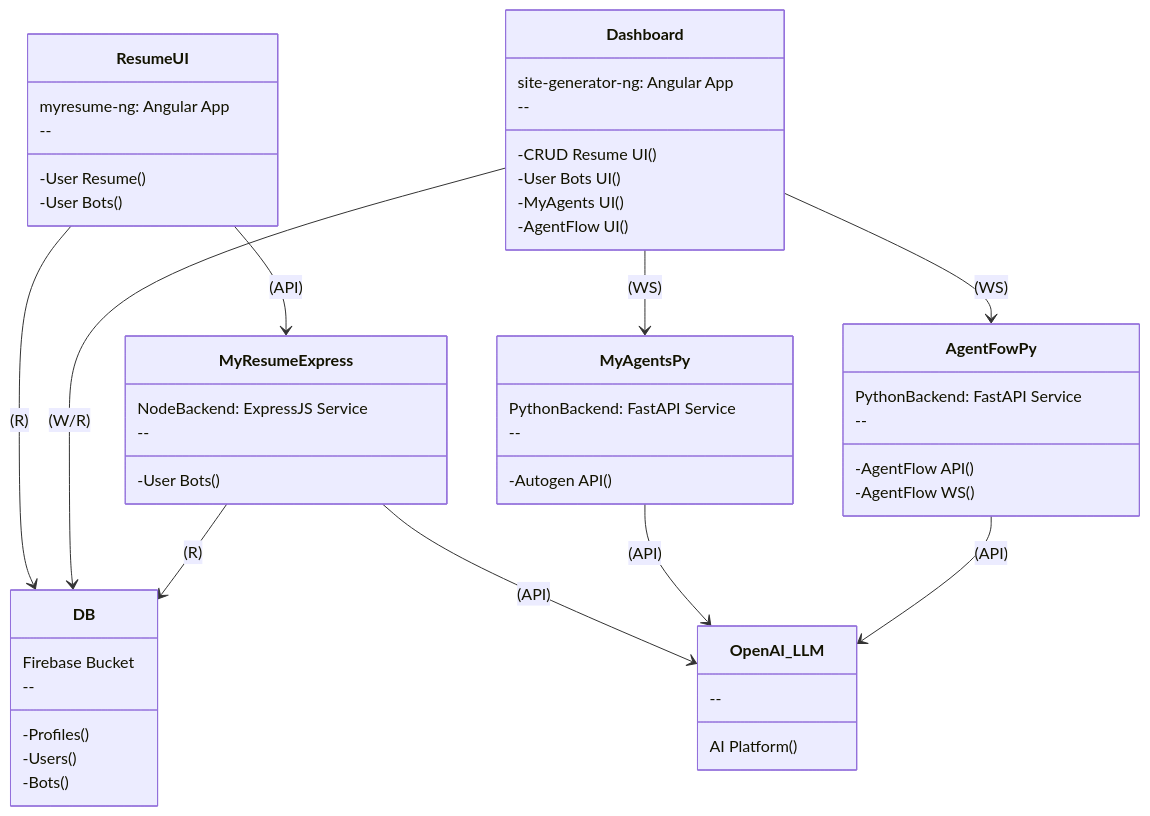
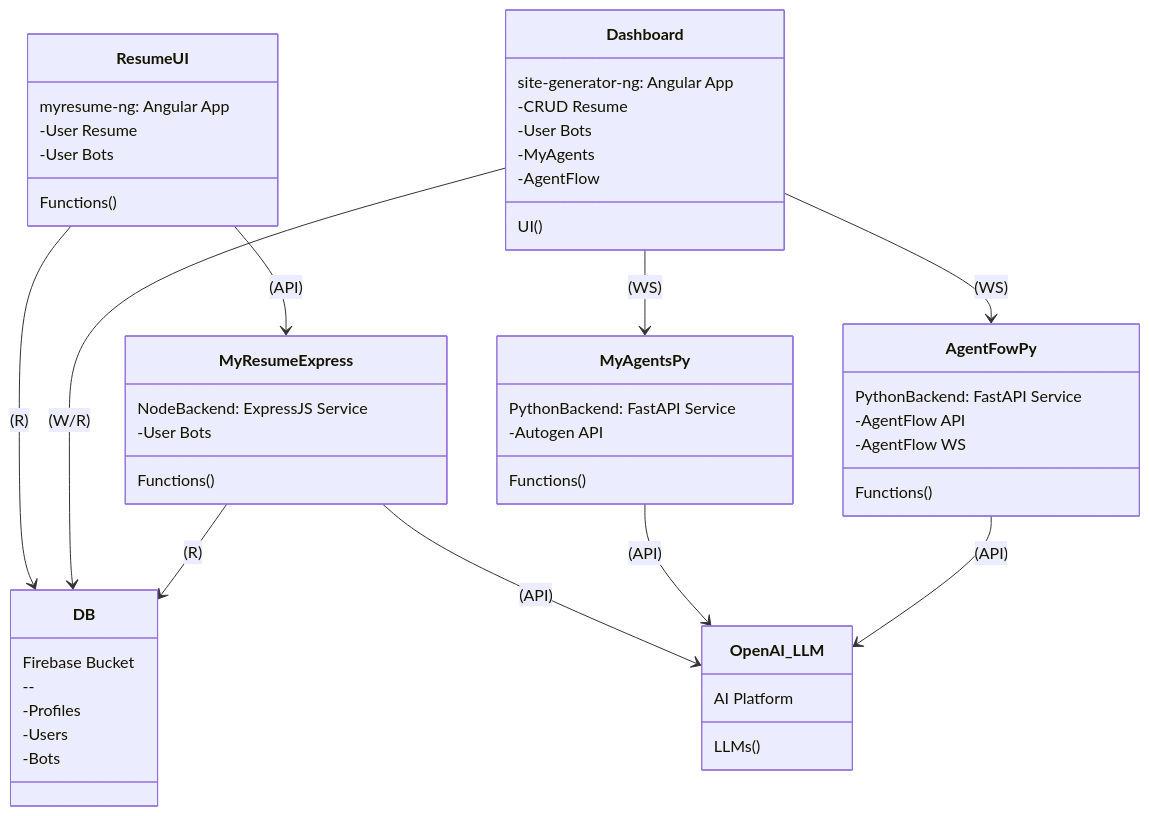
The diagram in README.md (thaer899/connectorzzz), drawn with Mermaid before and after one commit.

````diff
--- a/README.md
+++ b/README.md
@@ -24,58 +24,58 @@
 ```mermaid
 %%{init: {'theme': 'default'}}%%
 classDiagram
     class DB {
         Firebase Bucket
         --
-        -Profiles()
-        -Users()
-        -Bots()
+        -Profiles
+        -Users
+        -Bots
     }
     class ResumeUI {
         myresume-ng: Angular App
-        --
-        -User Resume()
-        -User Bots()
+        Functions()
+        -User Resume
+        -User Bots
     }
     class Dashboard {
         site-generator-ng: Angular App
-        --
-        -CRUD Resume UI()
-        -User Bots UI()
-        -MyAgents UI()
-        -AgentFlow UI()
+         UI()
+        -CRUD Resume
+        -User Bots
+        -MyAgents
+        -AgentFlow
     }
     class MyResumeExpress {
         NodeBackend: ExpressJS Service
-        --
-        -User Bots()
+        Functions()
+        -User Bots
     }
     class MyAgentsPy {
         PythonBackend: FastAPI Service
-        --
-        -Autogen API()
+        Functions()
+        -Autogen API
     }
     class AgentFowPy {
         PythonBackend: FastAPI Service
-        --
-        -AgentFlow API()
-        -AgentFlow WS()
+        Functions()
+        -AgentFlow API
+        -AgentFlow WS
     }
     class OpenAI_LLM {
-        AI Platform()
-        --
+        AI Platform
+        LLMs()
     }
 
     %% Connections
     ResumeUI --> DB :  (R)
     Dashboard --> DB :  (W/R)
     ResumeUI --> MyResumeExpress : (API)
     MyResumeExpress --> DB :  (R)
     MyResumeExpress --> OpenAI_LLM : (API)
     Dashboard --> MyAgentsPy :  (WS)
     MyAgentsPy --> OpenAI_LLM : (API)
     Dashboard --> AgentFowPy :  (WS)
     AgentFowPy --> OpenAI_LLM : (API)
 
 
 ```
````
